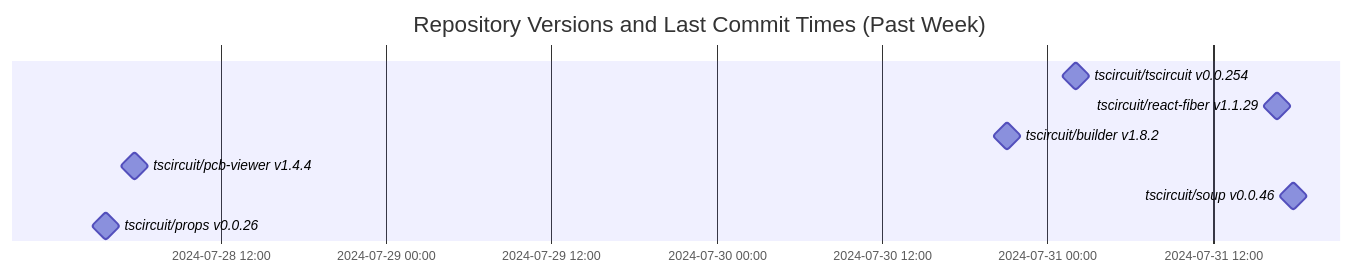
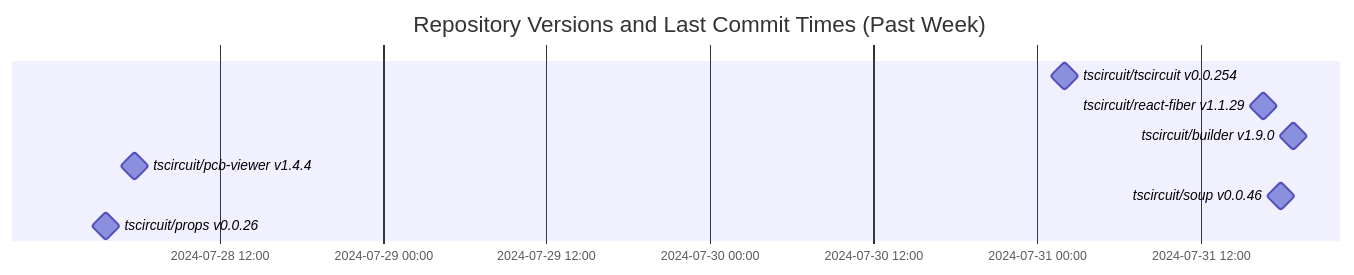
One commit to tscircuit/version-tracker changed the diagram in README.md. Above: the diagram before and after it, drawn with Mermaid.

Commit message:
Update chart

````diff
--- a/README.md
+++ b/README.md
@@ -1,13 +1,13 @@
 ```mermaid
 gantt
   dateFormat  YYYY-MM-DD HH:mm:ss
   title Repository Versions and Last Commit Times (Past Week)
   axisFormat %Y-%m-%d %H:%M
 
   tscircuit/tscircuit v0.0.254 : milestone, 2024-07-31 02:00:36, 1s
   tscircuit/react-fiber v1.1.29 : milestone, 2024-07-31 16:35:17, 1s
-  tscircuit/builder v1.8.2 : milestone, 2024-07-30 21:04:30, 1s
+  tscircuit/builder v1.9.0 : milestone, 2024-07-31 18:44:54, 1s
   tscircuit/pcb-viewer v1.4.4 : milestone, 2024-07-28 05:46:25, 1s
   tscircuit/soup v0.0.46 : milestone, 2024-07-31 17:48:38, 1s
   tscircuit/props v0.0.26 : milestone, 2024-07-28 03:42:14, 1s
 ```
````
